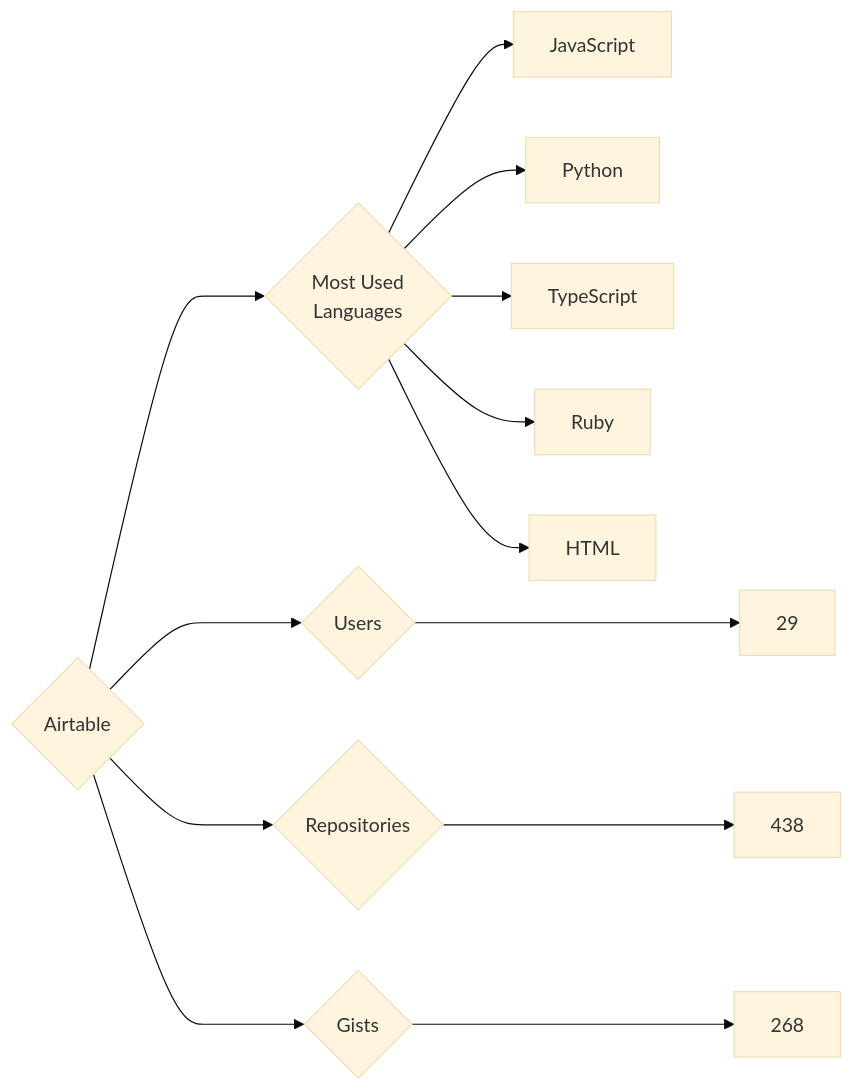
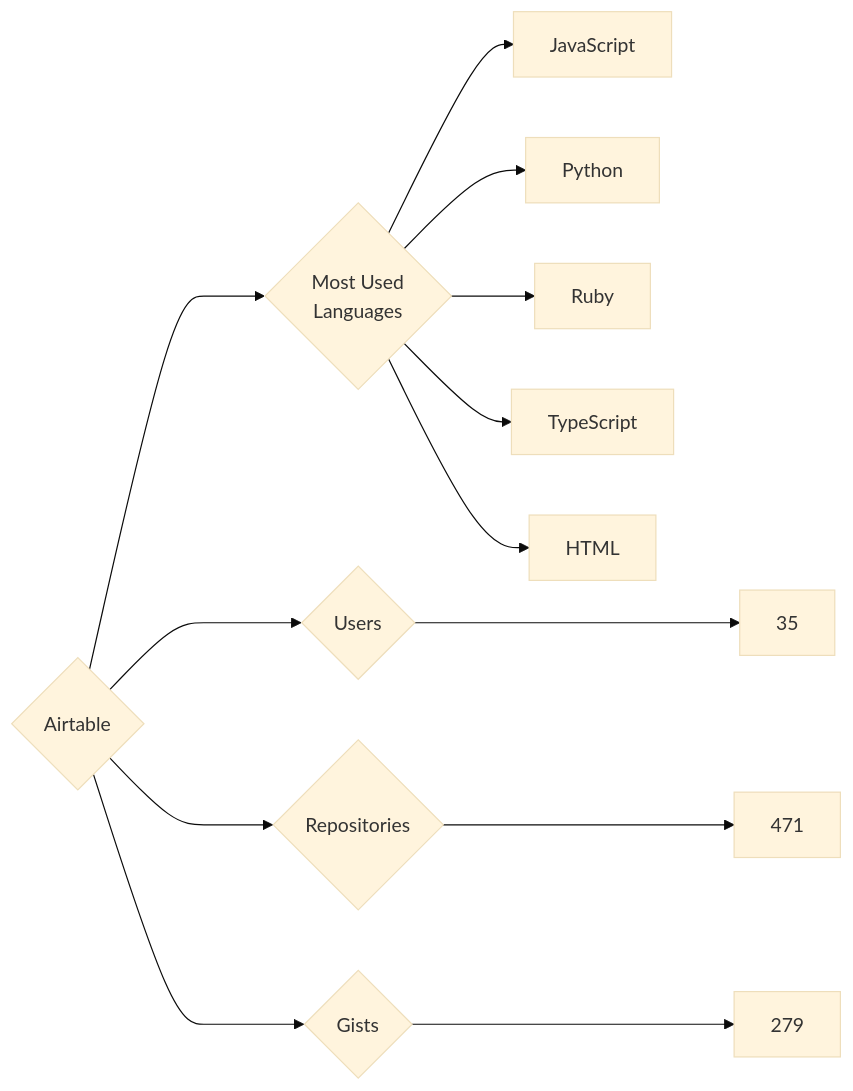
Before and after one commit to trickest/insiders: the diagram in targets/Airtable/README.md, drawn with Mermaid (base theme). The commit also changed 1020 other files, not shown here.

````diff
--- a/targets/Airtable/README.md
+++ b/targets/Airtable/README.md
@@ -3,13 +3,13 @@
 ```mermaid
 graph LR
 COMPANY_NAME{Airtable}
-COMPANY_NAME ---> U{Users} ---> UN[29]
-COMPANY_NAME ---> R{Repositories} ---> RN[438]
-COMPANY_NAME ---> G{Gists} ---> GN[268]
+COMPANY_NAME ---> U{Users} ---> UN[35]
+COMPANY_NAME ---> R{Repositories} ---> RN[471]
+COMPANY_NAME ---> G{Gists} ---> GN[279]
 COMPANY_NAME ---> ML{Most Used<br>Languages}
 ML --> JavaScript[JavaScript]
 ML --> Python[Python]
+ML --> Ruby[Ruby]
 ML --> TypeScript[TypeScript]
-ML --> Ruby[Ruby]
 ML --> HTML[HTML]
 ```
````
